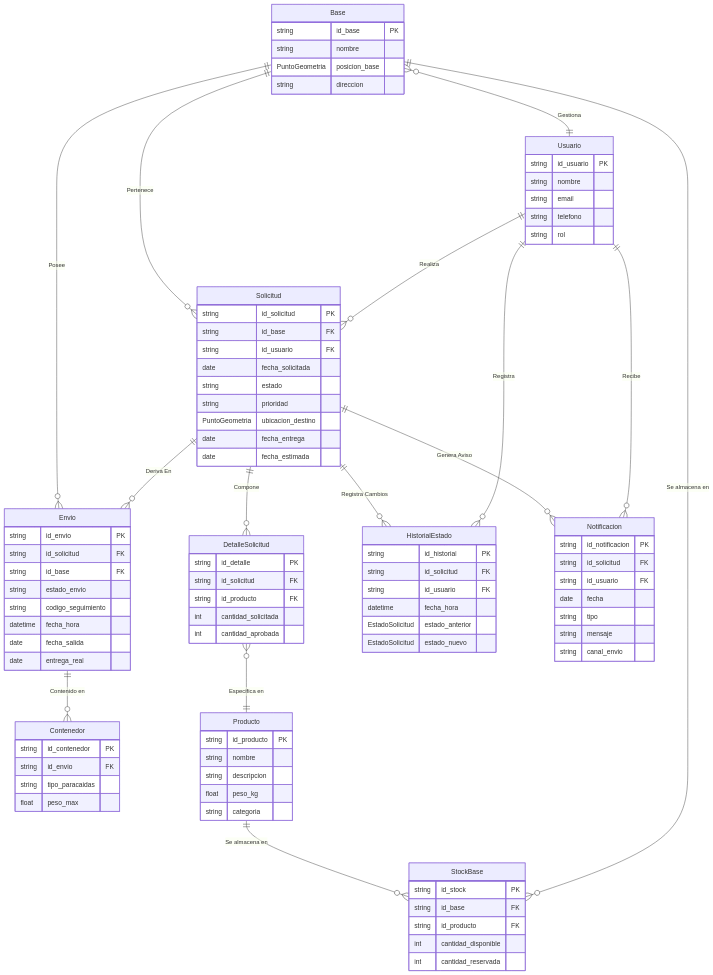
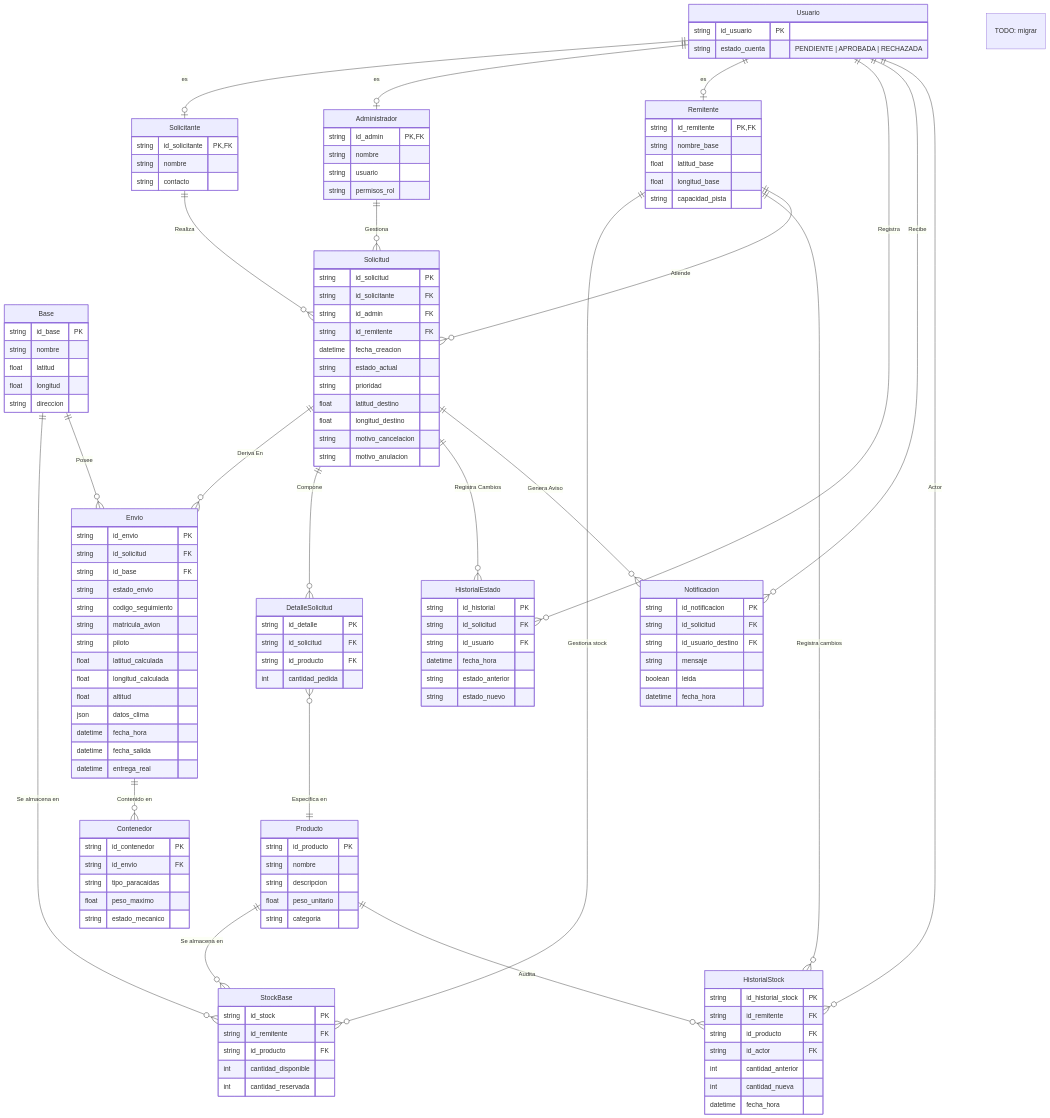
One commit to proyecto-lanzador-de-suministros/Proyecto-lanzar changed the diagram in Documentos/Diagrama-ER.md. Above: the diagram before and after it, drawn with Mermaid. The commit also changed other lines of this file and 11 other files, not shown here.

First line of the commit message:
feat: add leida field to Notificacion and align docs with schema

````diff
--- a/Documentos/Diagrama-ER.md
+++ b/Documentos/Diagrama-ER.md
@@ -8,29 +8,50 @@
 erDiagram
     Usuario {
         string id_usuario PK
+        string estado_cuenta "PENDIENTE | APROBADA | RECHAZADA"
+    }
+
+    Solicitante {
+        string id_solicitante PK, FK
         string nombre
-        string email
-        string telefono
-        string rol
+        string contacto
+    }
+
+    Administrador {
+        string id_admin PK, FK
+        string nombre
+        string usuario
+        string permisos_rol
+    }
+
+    Remitente {
+        string id_remitente PK, FK
+        string nombre_base
+        float latitud_base
+        float longitud_base
+        string capacidad_pista
     }
 
     Base {
         string id_base PK
         string nombre
-        PuntoGeometria posicion_base
+        float latitud
+        float longitud
         string direccion
     }
 
     Solicitud {
         string id_solicitud PK
-        string id_base FK
-        string id_usuario FK
-        date fecha_solicitada
-        string estado
+        string id_solicitante FK
+        string id_admin FK
+        string id_remitente FK
+        datetime fecha_creacion
+        string estado_actual
         string prioridad
-        PuntoGeometria ubicacion_destino
-        date fecha_entrega
-        date fecha_estimada
+        float latitud_destino
+        float longitud_destino
+        string motivo_cancelacion
+        string motivo_anulacion
     }
     
 
@@ -40,22 +61,29 @@
         string id_base FK
         string estado_envio
         string codigo_seguimiento
+        string matricula_avion
+        string piloto
+        float latitud_calculada
+        float longitud_calculada
+        float altitud
+        json datos_clima
         datetime fecha_hora
-        date fecha_salida
-        date entrega_real
+        datetime fecha_salida
+        datetime entrega_real
     }
 
     Contenedor {
         string id_contenedor PK
         string id_envio FK
         string tipo_paracaidas
-        float peso_max
+        float peso_maximo
+        string estado_mecanico
     }
 
 
     StockBase {
         string id_stock PK
-        string id_base FK
+        string id_remitente FK
         string id_producto FK
         int cantidad_disponible
         int cantidad_reservada
@@ -65,14 +93,13 @@
         string id_detalle PK
         string id_solicitud FK
         string id_producto FK
-        int cantidad_solicitada
-        int cantidad_aprobada
+        int cantidad_pedida
     }
      Producto {
         string id_producto PK
         string nombre
         string descripcion
-        float peso_kg
+        float peso_unitario
         string categoria
     }
 
@@ -81,27 +108,45 @@
         string id_solicitud FK
         string id_usuario FK
         datetime fecha_hora
-        EstadoSolicitud estado_anterior
-        EstadoSolicitud estado_nuevo
+        string estado_anterior
+        string estado_nuevo
+    }
+
+    HistorialStock {
+        string id_historial_stock PK
+        string id_remitente FK
+        string id_producto FK
+        string id_actor FK
+        int cantidad_anterior
+        int cantidad_nueva
+        datetime fecha_hora
     }
 
     Notificacion {
         string id_notificacion PK
         string id_solicitud FK
-        string id_usuario FK
-        date fecha
-        string tipo
+        string id_usuario_destino FK
         string mensaje
-        string canal_envio
+        boolean leida
+        datetime fecha_hora
     }
-    Usuario ||--o{ Solicitud : "Realiza"
-    Base ||--o{ Solicitud : "Pertenece"
-    Base }o--||Usuario: "Gestiona"
+
+    Usuario ||--o| Solicitante : "es"
+    Usuario ||--o| Administrador : "es"
+    Usuario ||--o| Remitente : "es"
     Usuario ||--o{ HistorialEstado : "Registra"
     Usuario ||--o{ Notificacion : "Recibe"
+    Usuario ||--o{ HistorialStock : "Actor"
     
+    Solicitante ||--o{ Solicitud : "Realiza"
+    Remitente ||--o{ StockBase : "Gestiona stock"
+    Remitente ||--o{ HistorialStock : "Registra cambios"
+    Remitente ||--o{ Solicitud : "Atiende"
+    
+    Administrador ||--o{ Solicitud : "Gestiona"
+
     Solicitud ||--o{ Envio : "Deriva En"
-    Base ||--o{ StockBase : "Se almacena en"
+    Base ||--o{ StockBase : "Se almacena en" "TODO: migrar"
     Base ||--o{ Envio : "Posee"
     
     Solicitud ||--o{ DetalleSolicitud : "Compone"
@@ -111,4 +156,5 @@
     DetalleSolicitud }o--|| Producto : "Especifica en"
       
     Producto ||--o{ StockBase : "Se almacena en"
+    Producto ||--o{ HistorialStock : "Audita"
 ```
````
